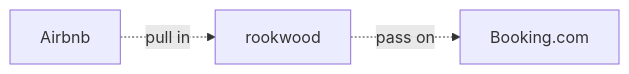
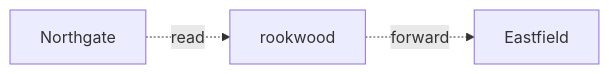
The fifth of 7 diagrams in packages/markdown/corpus/20-architecture-map.md (Neaox/quill), drawn with Mermaid before and after one commit. The commit also changed other lines of this file and 90 other files, not shown here.

````diff
--- a/packages/markdown/corpus/20-architecture-map.md
+++ b/packages/markdown/corpus/20-architecture-map.md
@@ -156,5 +156,5 @@
 ```mermaid
 flowchart LR
-  airbnb[Airbnb] -.->|pull in| rookwood
-  rookwood -.->|pass on| booking[Booking.com]
+  northgate[Northgate] -.->|read| rookwood
+  rookwood -.->|forward| eastfield[Eastfield]
 ```
````
